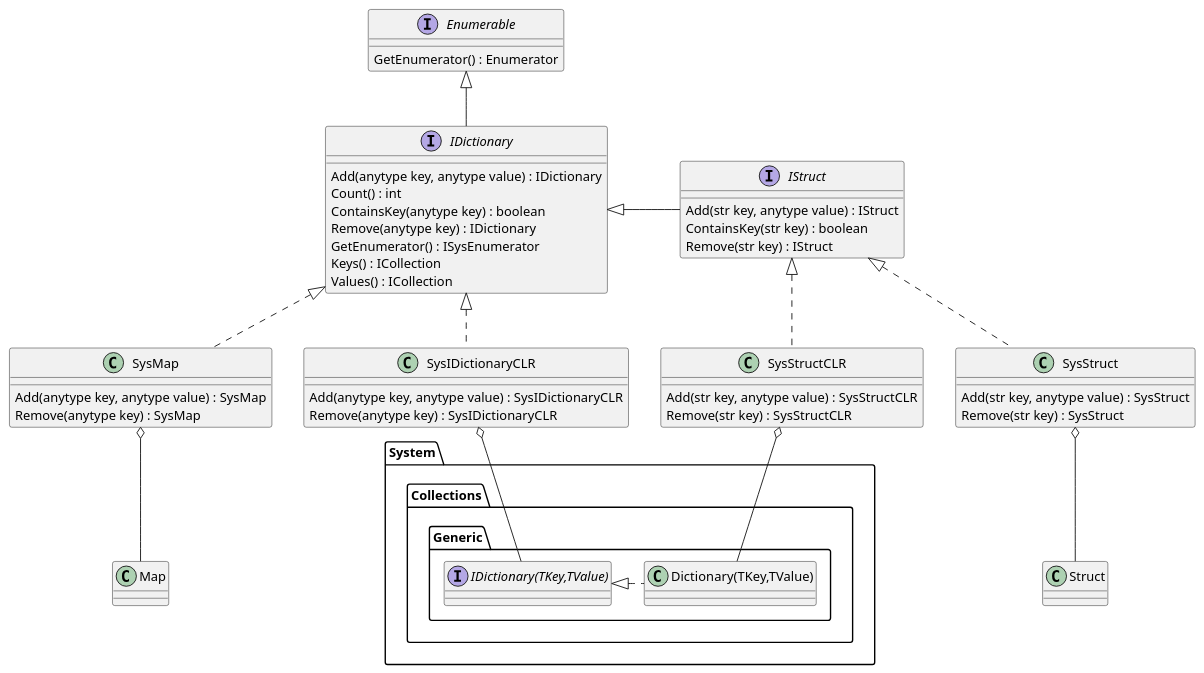
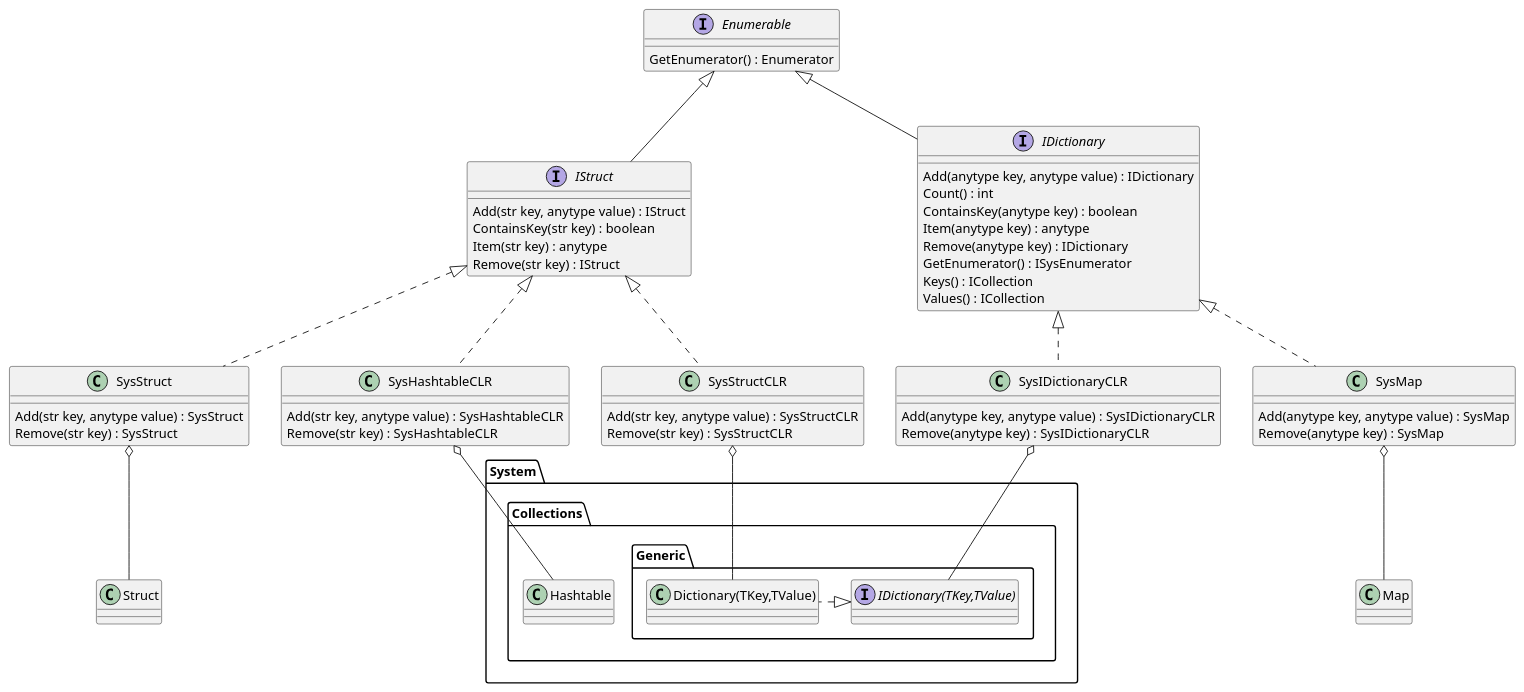
Before and after one commit to d-tolstov/Ax2009-IDictionary: the diagram in schema.puml, drawn with PlantUML. The commit also changed 3 other files, not shown here.

Commit message:
Add SysHashtableCLR to xpo

```diff
--- a/schema.puml
+++ b/schema.puml
@@ -1,65 +1,79 @@
 @startuml "IDictionary"
 
 interface Enumerable{
     GetEnumerator() : Enumerator
 }
 
 interface IDictionary{
     Add(anytype key, anytype value) : IDictionary
     Count() : int
     ContainsKey(anytype key) : boolean
+    Item(anytype key) : anytype
     Remove(anytype key) : IDictionary
     GetEnumerator() : ISysEnumerator
     Keys() : ICollection
     Values() : ICollection
 }
 Enumerable <|-- IDictionary
 
 class SysMap{
     Add(anytype key, anytype value) : SysMap
     Remove(anytype key) : SysMap
 }
 IDictionary <|.. SysMap
 
 class Map{
 }
 SysMap o-- Map
 
 class SysIDictionaryCLR{
     Add(anytype key, anytype value) : SysIDictionaryCLR
     Remove(anytype key) : SysIDictionaryCLR
 }
 IDictionary <|.. SysIDictionaryCLR
 
 interface IStruct{
     Add(str key, anytype value) : IStruct
     ContainsKey(str key) : boolean
+    Item(str key) : anytype
     Remove(str key) : IStruct
 }
-IDictionary <|- IStruct
+Enumerable <|- IStruct
 
 class SysStructCLR{
     Add(str key, anytype value) : SysStructCLR
     Remove(str key) : SysStructCLR
 }
 IStruct <|.. SysStructCLR
 
 package System.Collections.Generic{
     interface IDictionary(TKey,TValue){
     }
     SysIDictionaryCLR o-- "IDictionary(TKey,TValue)"
     "IDictionary(TKey,TValue)" <|. "Dictionary(TKey,TValue)"
     SysStructCLR o-- "Dictionary(TKey,TValue)"
 }
 
+class SysHashtableCLR{
+    Add(str key, anytype value) : SysHashtableCLR
+    Remove(str key) : SysHashtableCLR
+}
+IStruct <|.. SysHashtableCLR
+
+package System.Collections{
+    class Hashtable{
+    }
+    SysHashtableCLR o-- Hashtable
+}
+
 class SysStruct{
     Add(str key, anytype value) : SysStruct
     Remove(str key) : SysStruct
 }
 IStruct <|.. SysStruct
 
 class Struct{
 }
 SysStruct o-- Struct
 
 @enduml
```
